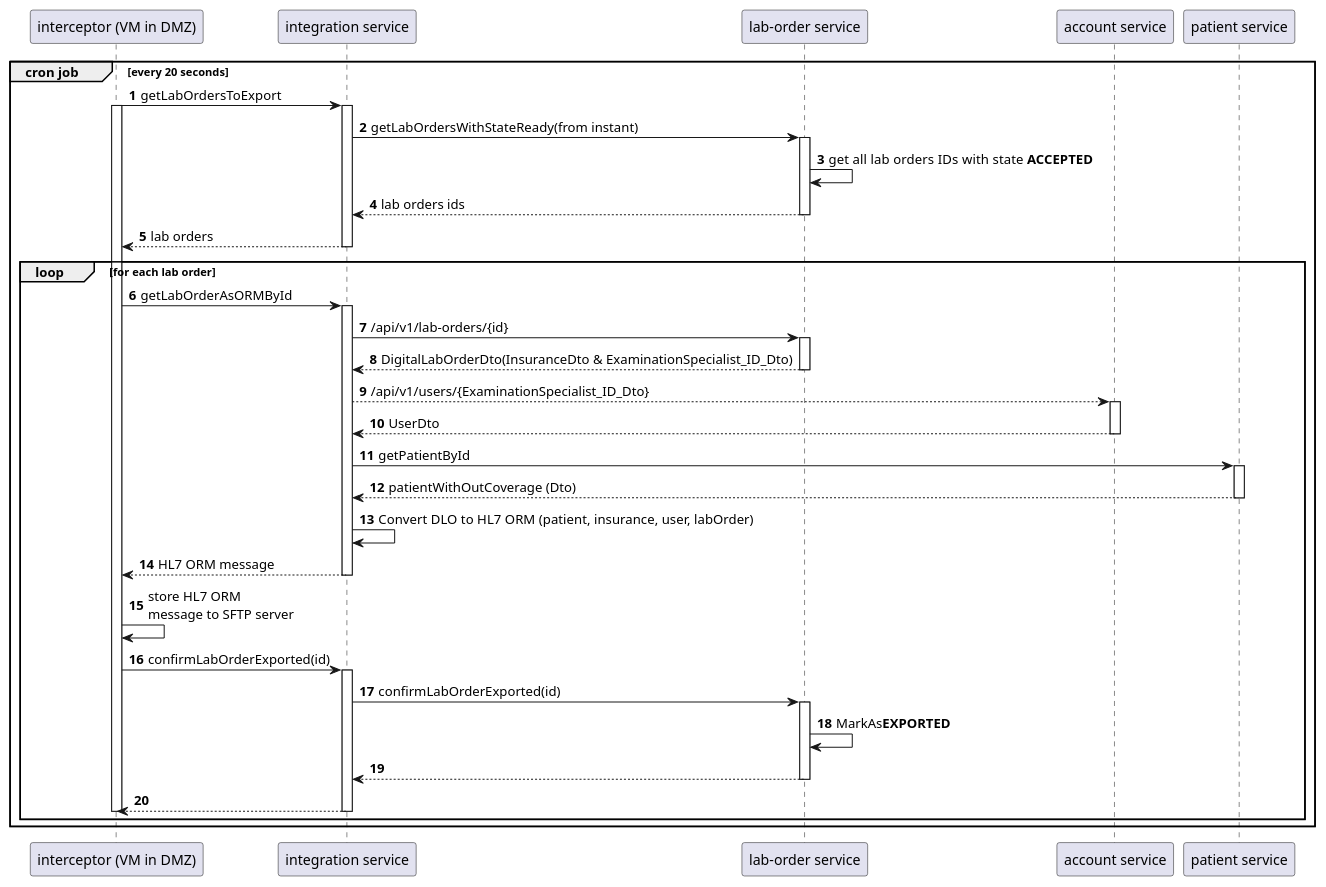
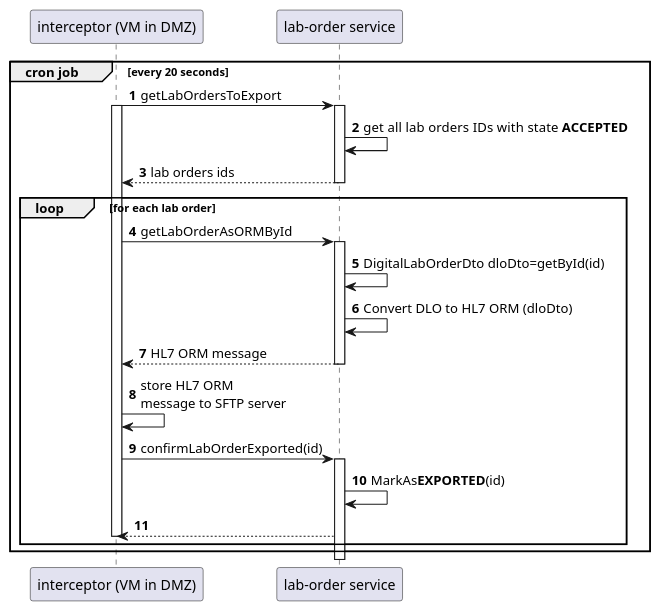
Before and after one commit to Qojgjg/playing-java-quarkus-mono: the diagram in export_service/src/plantuml/exportLIS_simple.puml, drawn with PlantUML. The commit also changed 7 other files, not shown here.

```diff
--- a/export_service/src/plantuml/exportLIS_simple.puml
+++ b/export_service/src/plantuml/exportLIS_simple.puml
@@ -1,56 +1,41 @@
 @startuml
 'https://plantuml.com/sequence-diagram
 
 autonumber
 
 participant "interceptor (VM in DMZ)" as icp
-participant "integration service" as int
 participant "lab-order service" as lab
-participant "account service" as acc
-participant "patient service" as pat
 
 group cron job [every 20 seconds]
-icp -> int: getLabOrdersToExport
+icp -> lab: getLabOrdersToExport
 activate icp
-activate int
-int -> lab: getLabOrdersWithStateReady(from instant)
 activate lab
 lab -> lab: get all lab orders IDs  with state <b>ACCEPTED</b>
-lab --> int: lab orders ids
+lab --> icp: lab orders ids
 deactivate lab
-int --> icp: lab orders
-deactivate int
+
 loop for each lab order
-icp -> int: getLabOrderAsORMById
-activate int
-int -> lab: /api/v1/lab-orders/{id}
+
+icp -> lab: getLabOrderAsORMById
 activate lab
-lab --> int: DigitalLabOrderDto(InsuranceDto & ExaminationSpecialist_ID_Dto) 
+lab -> lab: DigitalLabOrderDto dloDto=getById(id)
+lab -> lab: Convert DLO to HL7 ORM (dloDto)
+
+lab --> icp: HL7 ORM message
 deactivate lab
-int --> acc: /api/v1/users/{ExaminationSpecialist_ID_Dto} 
-activate acc
-acc--> int: UserDto
-deactivate acc
-int -> pat: getPatientById
-activate pat
-pat --> int: patientWithOutCoverage (Dto)
-deactivate pat
-int -> int: Convert DLO to HL7 ORM (patient, insurance, user, labOrder)
-int --> icp: HL7 ORM message
-deactivate int
+
 icp -> icp: store HL7 ORM \nmessage to SFTP server
-icp -> int: confirmLabOrderExported(id)
-activate int
-int -> lab: confirmLabOrderExported(id)
+
+icp -> lab: confirmLabOrderExported(id)
 activate lab
-lab -> lab: MarkAs<b>EXPORTED</b>
-lab --> int
-deactivate lab
-int --> icp
-deactivate int
+
+lab -> lab: MarkAs<b>EXPORTED</b>(id)
+
+
+lab --> icp
 deactivate icp
 
 end
 end
 
 @enduml
```
